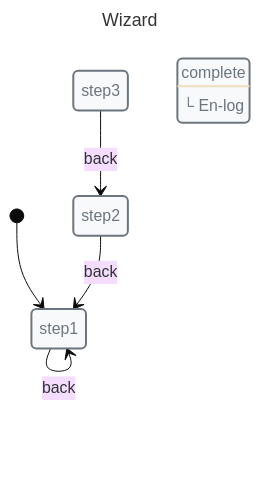
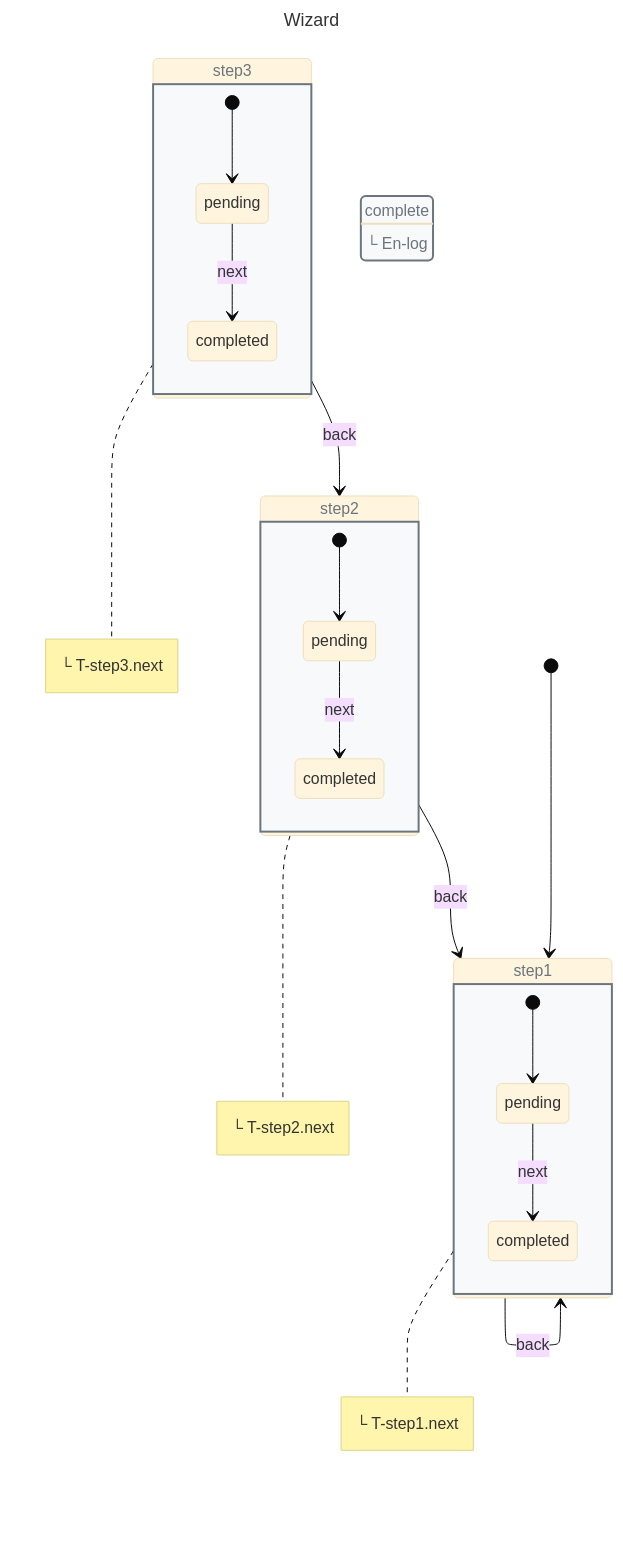
Before and after one commit to Masquerade-Circus/x-robot: the diagram in media/wizard.mmd, drawn with Mermaid (base theme). The commit also changed 53 other files, not shown here.

Commit message:
refactor(mermaid): make documentate mermaid handle the same amount of context that planuml

```diff
--- a/media/wizard.mmd
+++ b/media/wizard.mmd
@@ -1,29 +1,63 @@
 ---
 title: Wizard
 ---
 
 stateDiagram-v2
 direction TB
 
 classDef danger fill:#f8d7da,stroke:#721c24,stroke-width:2px,text-align:left,color:#721c24
 classDef warning fill:#fff3cd,stroke:#856404,stroke-width:2px,text-align:left,color:#856404
 classDef success fill:#d4edda,stroke:#155724,stroke-width:2px,text-align:left,color:#155724
 classDef primary fill:#cce5ff,stroke:#004085,stroke-width:2px,text-align:left,color:#004085
 classDef info fill:#d1ecf1,stroke:#0c5460,stroke-width:2px,text-align:left,color:#0c5460
 classDef def fill:#f8f9fa,stroke:#6c757d,stroke-width:2px,text-align:left,color:#6c757d
 
 state "step1" as step1
 state "step2" as step2
 state "step3" as step3
 state "complete" as complete
 class step1 def
 class step2 def
 class step3 def
 class complete def
 
+state step1 {
+  state "pending" as Step1Step1Pending
+  state "completed" as Step1Step1Completed
+
+
+  [*] --> Step1Step1Pending
+  Step1Step1Pending --> Step1Step1Completed: next
+}
+state step2 {
+  state "pending" as Step2Step2Pending
+  state "completed" as Step2Step2Completed
+
+
+  [*] --> Step2Step2Pending
+  Step2Step2Pending --> Step2Step2Completed: next
+}
+state step3 {
+  state "pending" as Step3Step3Pending
+  state "completed" as Step3Step3Completed
+
+
+  [*] --> Step3Step3Pending
+  Step3Step3Pending --> Step3Step3Completed: next
+}
+
+note right of step1
+  └ T-step1.next
+end note
+note right of step2
+  └ T-step2.next
+end note
+note right of step3
+  └ T-step3.next
+end note
 complete: └ En-log
 
 [*] --> step1
 step1 --> step1: back
 step2 --> step1: back
 step3 --> step2: back
```
